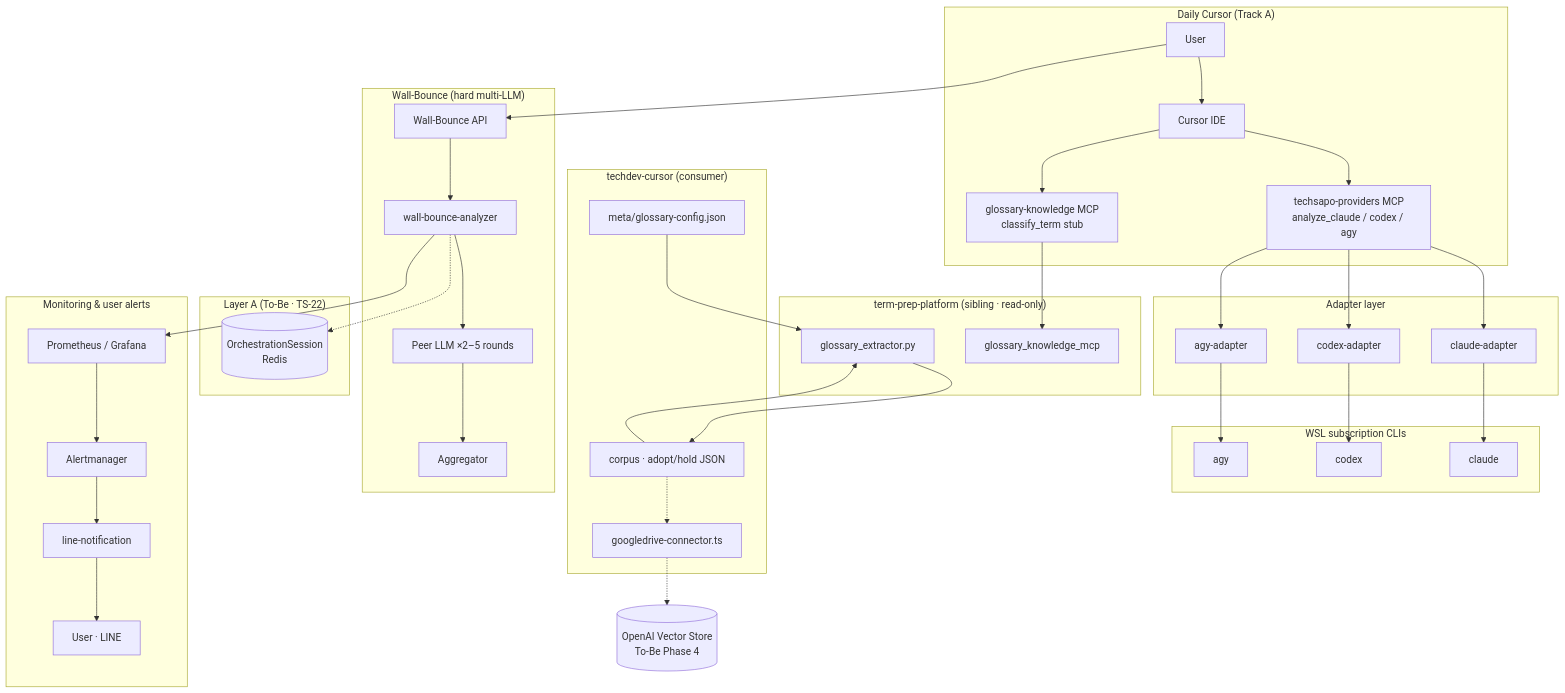
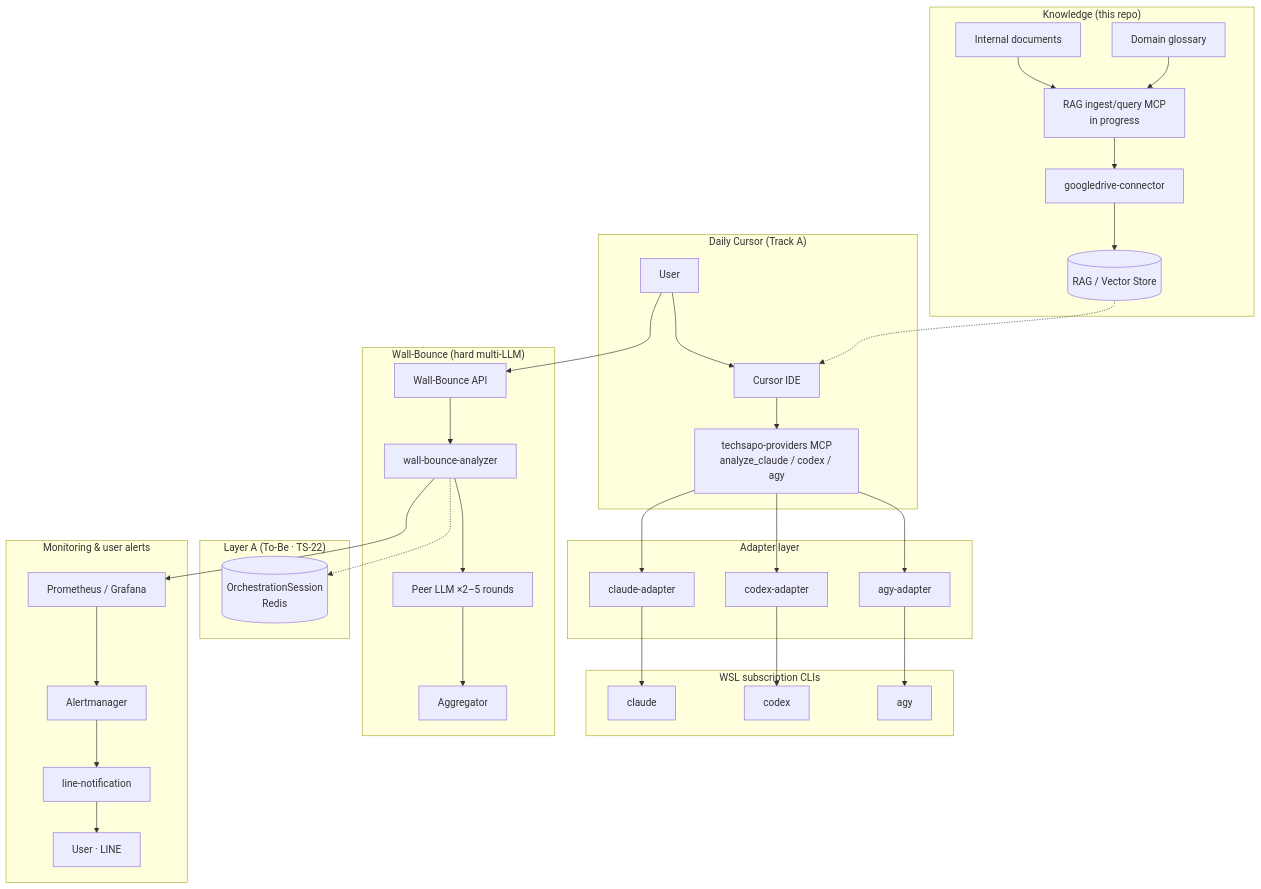
The diagram in README_en.md (wombat2006/techdev-cursor), drawn with Mermaid before and after one commit. The commit also changed other lines of this file and 1 other file, not shown here.

Commit message:
docs: refocus README architecture on RAG value, link term-prep-platform in prose
Shift the overview diagram from glossary prep internals to RAG ingest flow
so readers see how internal docs and domain terms improve Cursor output;
term-prep-platform stays linked as in-progress prep MCPs only.

````diff
--- a/README_en.md
+++ b/README_en.md
@@ -37,69 +39,59 @@
 ```mermaid
 flowchart TB
   subgraph trackA["Daily Cursor (Track A)"]
     U1[User]
     CUR[Cursor IDE]
     MCP[techsapo-providers MCP<br/>analyze_claude / codex / agy]
-    GK_MCP[glossary-knowledge MCP<br/>classify_term stub]
   end
 
-  subgraph repo["techdev-cursor (consumer)"]
-    CFG[meta/glossary-config.json]
-    CORP[corpus · adopt/hold JSON]
-    GD[googledrive-connector.ts]
-  end
-
-  subgraph platform["term-prep-platform (sibling · read-only)"]
-    EXT[glossary_extractor.py]
-    GK[glossary_knowledge_mcp]
+  subgraph knowledge["Knowledge (this repo)"]
+    DOCS[Internal documents]
+    DICT[Domain glossary]
+    RAGIO[RAG ingest/query MCP<br/>in progress]
+    GD[googledrive-connector]
+    VS[(RAG / Vector Store)]
   end
 
   subgraph adapters["Adapter layer"]
     AD1[claude-adapter]
     AD2[codex-adapter]
     AD3[agy-adapter]
   end
 
   subgraph cli["WSL subscription CLIs"]
     CL[claude]
     CX[codex]
     AG[agy]
   end
 
   subgraph wb["Wall-Bounce (hard multi-LLM)"]
     API[Wall-Bounce API]
     WBA[wall-bounce-analyzer]
     PEER[Peer LLM ×2–5 rounds]
     AGG[Aggregator]
   end
 
   subgraph mem["Layer A (To-Be · TS-22)"]
     REDIS[(OrchestrationSession<br/>Redis)]
   end
 
   subgraph mon["Monitoring & user alerts"]
     PROM[Prometheus / Grafana]
     AM[Alertmanager]
     LN[line-notification]
     U2[User · LINE]
   end
 
-  VS[(OpenAI Vector Store<br/>To-Be Phase 4)]
-
-  U1 --> CUR
-  CUR --> MCP
-  CUR --> GK_MCP
+  U1 --> CUR --> MCP
   MCP --> AD1 & AD2 & AD3
   AD1 --> CL
   AD2 --> CX
   AD3 --> AG
-  GK_MCP --> GK
-  CFG --> EXT
-  CORP --> EXT
-  EXT --> CORP
-  GD -.-> VS
-  CORP -.-> GD
+  DOCS --> RAGIO
+  DICT --> RAGIO
+  RAGIO --> GD --> VS
+  VS -.-> CUR
   U1 --> API --> WBA --> PEER --> AGG
   WBA -.-> REDIS
   WBA --> PROM --> AM --> LN --> U2
 ```
````
